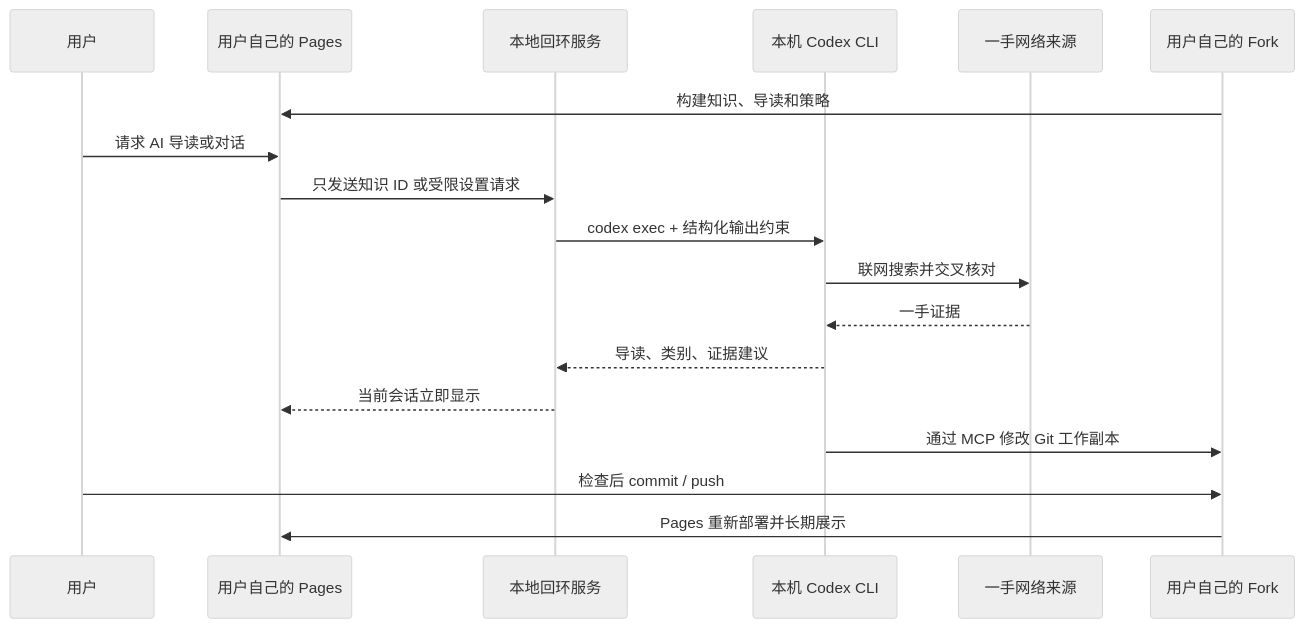
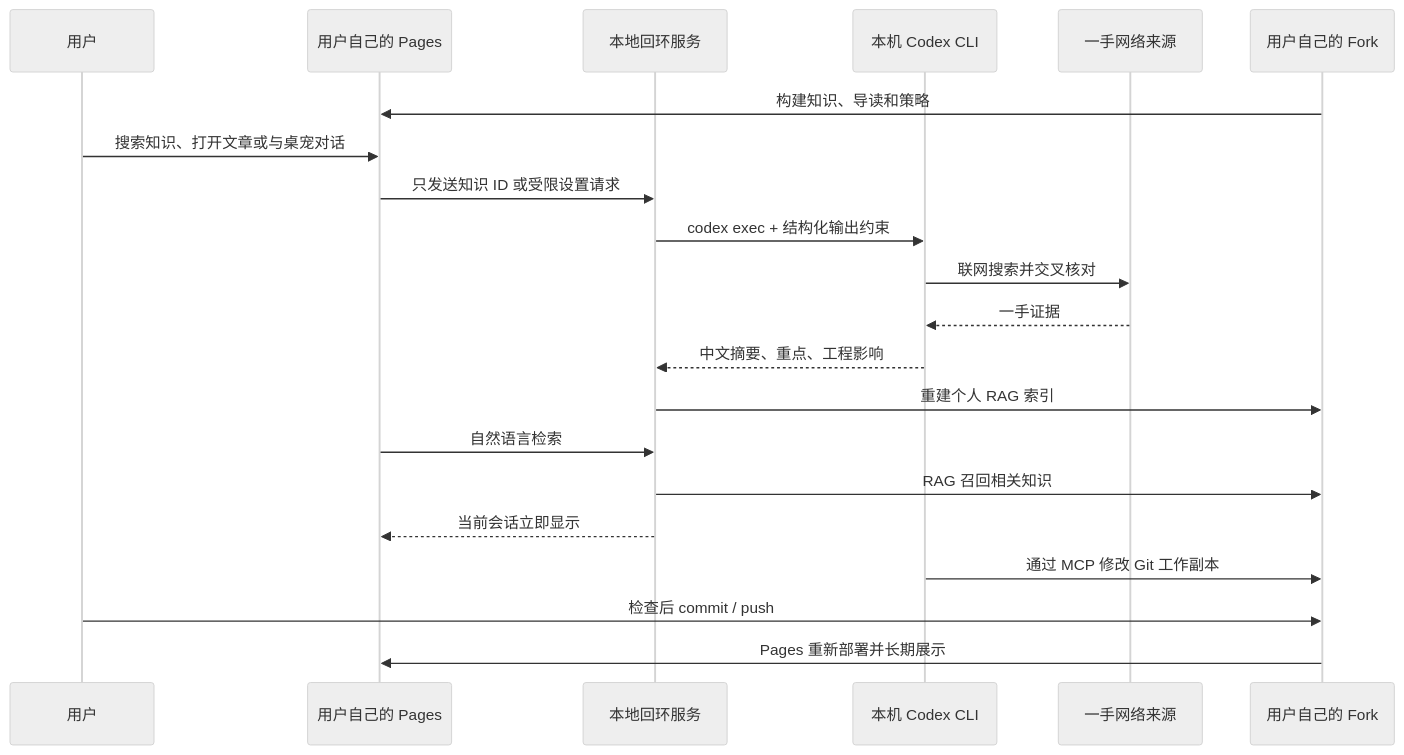
Before and after one commit to Alex-2000-m/agent-engineer-workbench: the second of 2 diagrams in README.md, drawn with Mermaid (neutral theme). The commit also changed other lines of this file and 25 other files, not shown here.

````diff
--- a/README.md
+++ b/README.md
@@ -112,21 +117,24 @@
 ```mermaid
 sequenceDiagram
   participant U as 用户
   participant P as 用户自己的 Pages
   participant B as 本地回环服务
   participant C as 本机 Codex CLI
   participant S as 一手网络来源
   participant F as 用户自己的 Fork
 
   F->>P: 构建知识、导读和策略
-  U->>P: 请求 AI 导读或对话
+  U->>P: 搜索知识、打开文章或与桌宠对话
   P->>B: 只发送知识 ID 或受限设置请求
   B->>C: codex exec + 结构化输出约束
   C->>S: 联网搜索并交叉核对
   S-->>C: 一手证据
-  C-->>B: 导读、类别、证据建议
+  C-->>B: 中文摘要、重点、工程影响
+  B->>F: 重建个人 RAG 索引
+  P->>B: 自然语言检索
+  B->>F: RAG 召回相关知识
   B-->>P: 当前会话立即显示
   C->>F: 通过 MCP 修改 Git 工作副本
   U->>F: 检查后 commit / push
   F->>P: Pages 重新部署并长期展示
 ```
````
